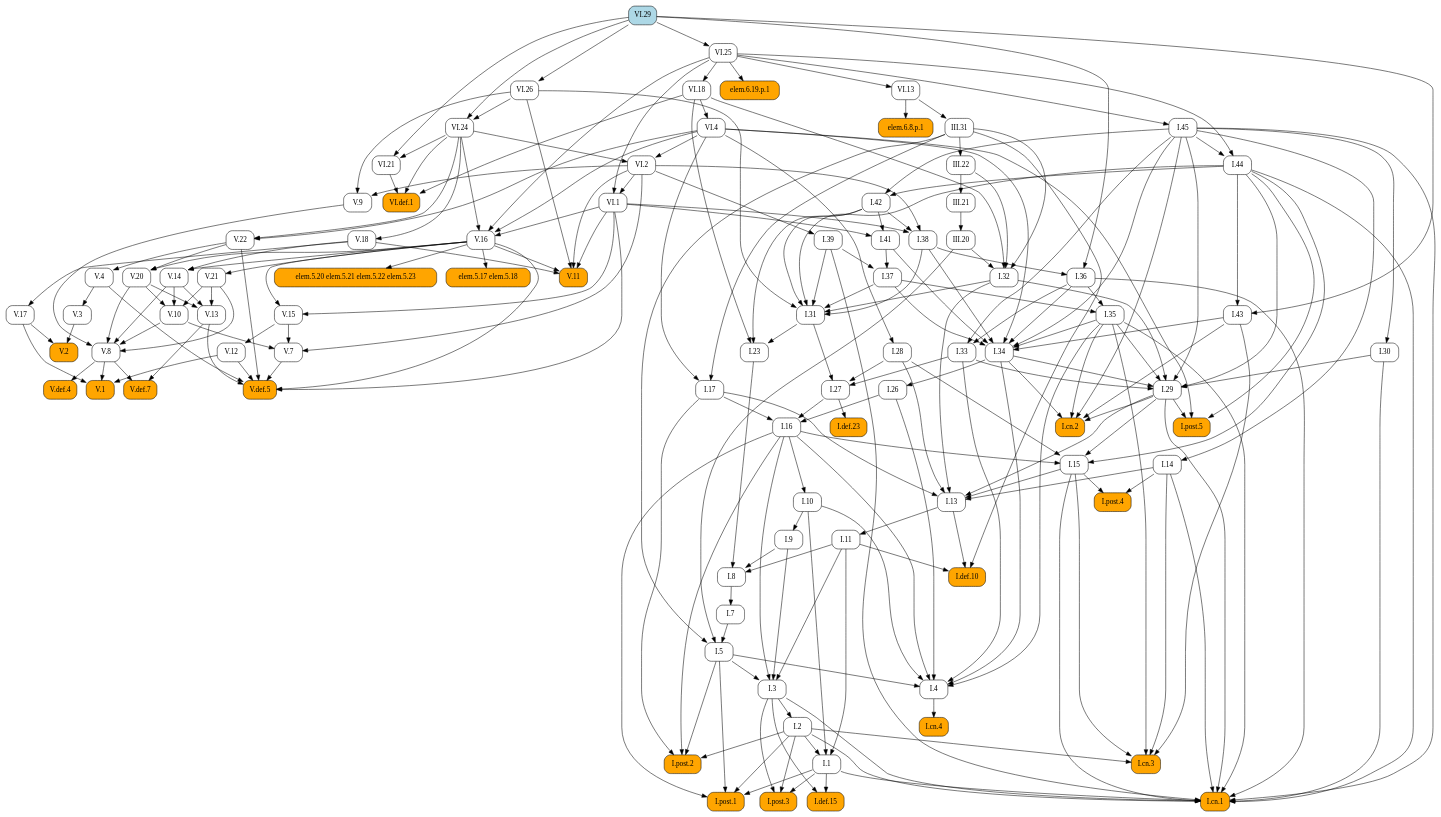
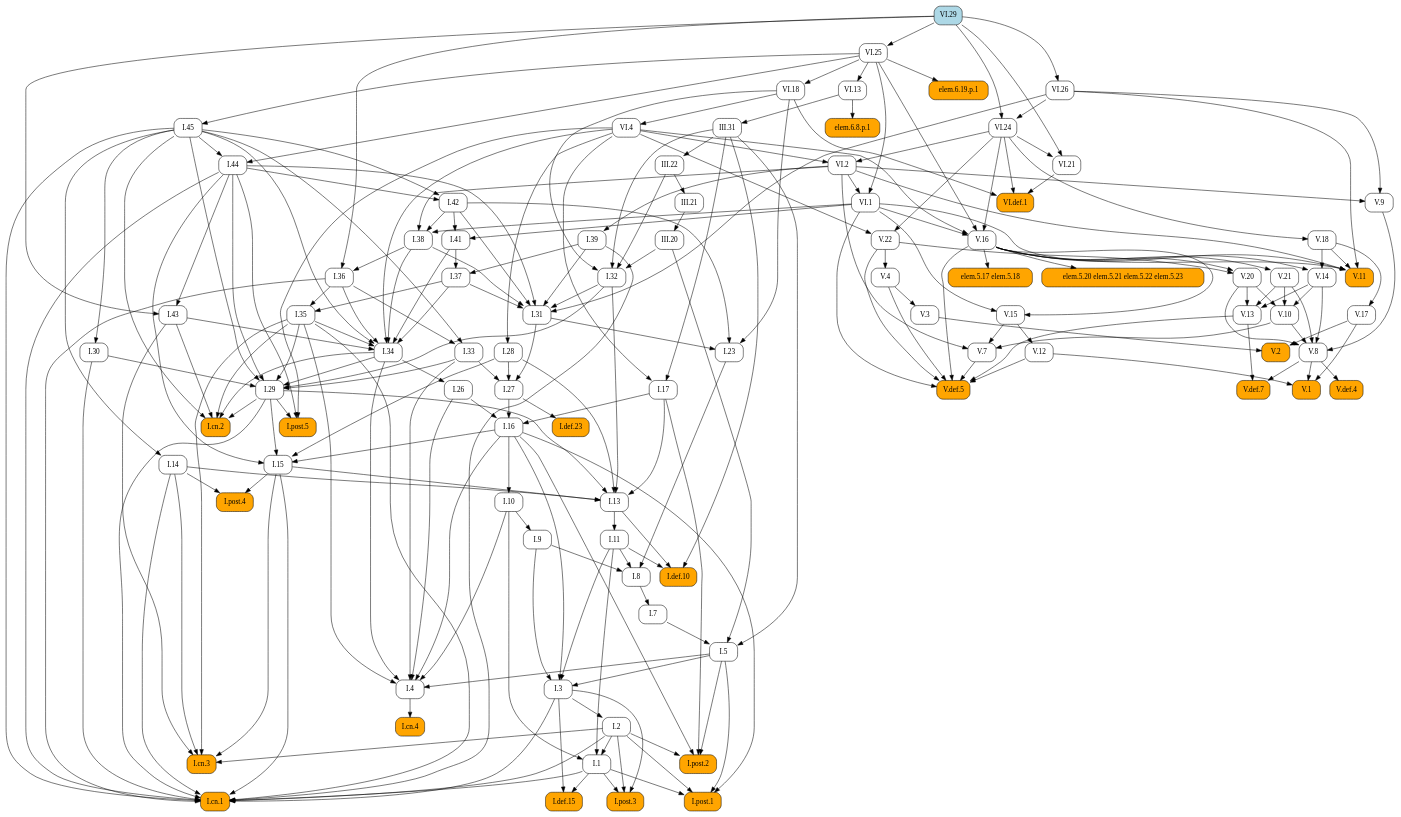
Before and after one commit to geometor/elements: the diagram in docsrc/heath/VI/29/index.rst, drawn with Graphviz. The commit also changed other lines of this file and 1029 other files, not shown here.

```diff
--- a/docsrc/heath/VI/29/index.rst
+++ b/docsrc/heath/VI/29/index.rst
@@ -89,112 +89,155 @@
    digraph {
      rankdir="TB";
      node [shape=box, style=rounded];
-     "V.1" [style="rounded,filled", fillcolor=orange, URL="/heath/V/1/", target="_top"];
-     "III.22" [URL="/heath/III/22/", target="_top"];
-     "I.29" [URL="/heath/I/29/", target="_top"];
-     "I.7" [URL="/heath/I/7/", target="_top"];
-     "I.27" [URL="/heath/I/27/", target="_top"];
-     "I.def.23" [style="rounded,filled", fillcolor=orange, URL="/heath/I/def.23/", target="_top"];
-     "V.20" [URL="/heath/V/20/", target="_top"];
-     "I.34" [URL="/heath/I/34/", target="_top"];
-     "I.8" [URL="/heath/I/8/", target="_top"];
-     "V.2" [style="rounded,filled", fillcolor=orange, URL="/heath/V/2/", target="_top"];
-     "I.9" [URL="/heath/I/9/", target="_top"];
-     "V.22" [URL="/heath/V/22/", target="_top"];
+     "I.def.10" [style="rounded,filled", fillcolor=orange, URL="/heath/I/def.10/", target="_top"];
+     "I.11" [URL="/heath/I/11/", target="_top"];
+     "I.post.4" [style="rounded,filled", fillcolor=orange, URL="/heath/I/post.4/", target="_top"];
+     "I.28" [URL="/heath/I/28/", target="_top"];
+     "I.1" [URL="/heath/I/1/", target="_top"];
+     "VI.18" [URL="/heath/VI/18/", target="_top"];
+     "VI.21" [URL="/heath/VI/21/", target="_top"];
+     "V.def.5" [style="rounded,filled", fillcolor=orange, URL="/heath/V/def.5/", target="_top"];
      "III.20" [URL="/heath/III/20/", target="_top"];
-     "I.post.4" [style="rounded,filled", fillcolor=orange, URL="/heath/I/post.4/", target="_top"];
-     "I.2" [URL="/heath/I/2/", target="_top"];
-     "VI.21" [URL="/heath/VI/21/", target="_top"];
-     "I.28" [URL="/heath/I/28/", target="_top"];
-     "V.4" [URL="/heath/V/4/", target="_top"];
      "VI.29" [style="rounded,filled", fillcolor=lightblue, URL="/heath/VI/29/", target="_top"];
+     "III.31" [URL="/heath/III/31/", target="_top"];
+     "V.13" [URL="/heath/V/13/", target="_top"];
+     "V.11" [style="rounded,filled", fillcolor=orange, URL="/heath/V/11/", target="_top"];
+     "I.post.3" [style="rounded,filled", fillcolor=orange, URL="/heath/I/post.3/", target="_top"];
+     "VI.1" [URL="/heath/VI/1/", target="_top"];
+     "I.cn.3" [style="rounded,filled", fillcolor=orange, URL="/heath/I/cn.3/", target="_top"];
+     "I.14" [URL="/heath/I/14/", target="_top"];
+     "V.16" [URL="/heath/V/16/", target="_top"];
      "VI.4" [URL="/heath/VI/4/", target="_top"];
-     "I.cn.4" [style="rounded,filled", fillcolor=orange, URL="/heath/I/cn.4/", target="_top"];
-     "VI.24" [URL="/heath/VI/24/", target="_top"];
-     "VI.2" [URL="/heath/VI/2/", target="_top"];
-     "elem.5.20 elem.5.21 elem.5.22 elem.5.23" [style="rounded,filled", fillcolor=orange];
-     "III.31" [URL="/heath/III/31/", target="_top"];
-     "I.23" [URL="/heath/I/23/", target="_top"];
-     "I.13" [URL="/heath/I/13/", target="_top"];
-     "I.5" [URL="/heath/I/5/", target="_top"];
-     "VI.26" [URL="/heath/VI/26/", target="_top"];
-     "III.21" [URL="/heath/III/21/", target="_top"];
-     "I.11" [URL="/heath/I/11/", target="_top"];
-     "I.4" [URL="/heath/I/4/", target="_top"];
-     "I.43" [URL="/heath/I/43/", target="_top"];
-     "I.def.10" [style="rounded,filled", fillcolor=orange, URL="/heath/I/def.10/", target="_top"];
-     "I.post.3" [style="rounded,filled", fillcolor=orange, URL="/heath/I/post.3/", target="_top"];
-     "V.9" [URL="/heath/V/9/", target="_top"];
-     "VI.def.1" [style="rounded,filled", fillcolor=orange, URL="/heath/VI/def.1/", target="_top"];
-     "elem.5.17 elem.5.18" [style="rounded,filled", fillcolor=orange];
-     "V.17" [URL="/heath/V/17/", target="_top"];
      "V.3" [URL="/heath/V/3/", target="_top"];
      "I.36" [URL="/heath/I/36/", target="_top"];
+     "I.41" [URL="/heath/I/41/", target="_top"];
+     "I.27" [URL="/heath/I/27/", target="_top"];
+     "V.8" [URL="/heath/V/8/", target="_top"];
+     "I.37" [URL="/heath/I/37/", target="_top"];
+     "I.34" [URL="/heath/I/34/", target="_top"];
+     "I.2" [URL="/heath/I/2/", target="_top"];
+     "I.def.23" [style="rounded,filled", fillcolor=orange, URL="/heath/I/def.23/", target="_top"];
+     "I.33" [URL="/heath/I/33/", target="_top"];
+     "I.17" [URL="/heath/I/17/", target="_top"];
+     "I.post.2" [style="rounded,filled", fillcolor=orange, URL="/heath/I/post.2/", target="_top"];
+     "I.45" [URL="/heath/I/45/", target="_top"];
+     "VI.def.1" [style="rounded,filled", fillcolor=orange, URL="/heath/VI/def.1/", target="_top"];
+     "I.42" [URL="/heath/I/42/", target="_top"];
+     "elem.5.20 elem.5.21 elem.5.22 elem.5.23" [style="rounded,filled", fillcolor=orange];
+     "I.9" [URL="/heath/I/9/", target="_top"];
+     "VI.26" [URL="/heath/VI/26/", target="_top"];
+     "I.32" [URL="/heath/I/32/", target="_top"];
+     "V.def.4" [style="rounded,filled", fillcolor=orange, URL="/heath/V/def.4/", target="_top"];
+     "I.cn.4" [style="rounded,filled", fillcolor=orange, URL="/heath/I/cn.4/", target="_top"];
+     "I.15" [URL="/heath/I/15/", target="_top"];
+     "III.22" [URL="/heath/III/22/", target="_top"];
+     "I.38" [URL="/heath/I/38/", target="_top"];
+     "V.def.7" [style="rounded,filled", fillcolor=orange, URL="/heath/V/def.7/", target="_top"];
+     "I.5" [URL="/heath/I/5/", target="_top"];
+     "V.21" [URL="/heath/V/21/", target="_top"];
+     "I.39" [URL="/heath/I/39/", target="_top"];
+     "I.26" [URL="/heath/I/26/", target="_top"];
+     "V.14" [URL="/heath/V/14/", target="_top"];
+     "I.29" [URL="/heath/I/29/", target="_top"];
      "V.12" [URL="/heath/V/12/", target="_top"];
-     "I.15" [URL="/heath/I/15/", target="_top"];
-     "I.17" [URL="/heath/I/17/", target="_top"];
-     "I.32" [URL="/heath/I/32/", target="_top"];
-     "I.41" [URL="/heath/I/41/", target="_top"];
-     "V.def.5" [style="rounded,filled", fillcolor=orange, URL="/heath/V/def.5/", target="_top"];
-     "I.cn.3" [style="rounded,filled", fillcolor=orange, URL="/heath/I/cn.3/", target="_top"];
+     "V.22" [URL="/heath/V/22/", target="_top"];
+     "I.cn.2" [style="rounded,filled", fillcolor=orange, URL="/heath/I/cn.2/", target="_top"];
+     "V.20" [URL="/heath/V/20/", target="_top"];
+     "V.10" [URL="/heath/V/10/", target="_top"];
+     "VI.2" [URL="/heath/VI/2/", target="_top"];
+     "I.def.15" [style="rounded,filled", fillcolor=orange, URL="/heath/I/def.15/", target="_top"];
+     "V.15" [URL="/heath/V/15/", target="_top"];
+     "I.cn.1" [style="rounded,filled", fillcolor=orange, URL="/heath/I/cn.1/", target="_top"];
      "I.30" [URL="/heath/I/30/", target="_top"];
-     "I.45" [URL="/heath/I/45/", target="_top"];
-     "I.38" [URL="/heath/I/38/", target="_top"];
-     "V.16" [URL="/heath/V/16/", target="_top"];
-     "V.15" [URL="/heath/V/15/", target="_top"];
-     "V.def.4" [style="rounded,filled", fillcolor=orange, URL="/heath/V/def.4/", target="_top"];
-     "V.21" [URL="/heath/V/21/", target="_top"];
-     "V.8" [URL="/heath/V/8/", target="_top"];
-     "I.42" [URL="/heath/I/42/", target="_top"];
      "V.7" [URL="/heath/V/7/", target="_top"];
-     "VI.18" [URL="/heath/VI/18/", target="_top"];
-     "I.def.15" [style="rounded,filled", fillcolor=orange, URL="/heath/I/def.15/", target="_top"];
-     "I.1" [URL="/heath/I/1/", target="_top"];
-     "I.44" [URL="/heath/I/44/", target="_top"];
-     "V.13" [URL="/heath/V/13/", target="_top"];
+     "V.18" [URL="/heath/V/18/", target="_top"];
+     "V.9" [URL="/heath/V/9/", target="_top"];
+     "I.23" [URL="/heath/I/23/", target="_top"];
+     "VI.25" [URL="/heath/VI/25/", target="_top"];
+     "I.43" [URL="/heath/I/43/", target="_top"];
      "I.post.1" [style="rounded,filled", fillcolor=orange, URL="/heath/I/post.1/", target="_top"];
      "elem.6.19.p.1" [style="rounded,filled", fillcolor=orange];
-     "I.26" [URL="/heath/I/26/", target="_top"];
-     "I.33" [URL="/heath/I/33/", target="_top"];
-     "V.def.7" [style="rounded,filled", fillcolor=orange, URL="/heath/V/def.7/", target="_top"];
-     "I.39" [URL="/heath/I/39/", target="_top"];
-     "I.cn.2" [style="rounded,filled", fillcolor=orange, URL="/heath/I/cn.2/", target="_top"];
-     "VI.25" [URL="/heath/VI/25/", target="_top"];
+     "I.35" [URL="/heath/I/35/", target="_top"];
+     "I.7" [URL="/heath/I/7/", target="_top"];
+     "I.3" [URL="/heath/I/3/", target="_top"];
+     "I.4" [URL="/heath/I/4/", target="_top"];
+     "V.17" [URL="/heath/V/17/", target="_top"];
+     "I.13" [URL="/heath/I/13/", target="_top"];
+     "V.4" [URL="/heath/V/4/", target="_top"];
+     "I.31" [URL="/heath/I/31/", target="_top"];
+     "V.1" [style="rounded,filled", fillcolor=orange, URL="/heath/V/1/", target="_top"];
+     "VI.24" [URL="/heath/VI/24/", target="_top"];
+     "I.16" [URL="/heath/I/16/", target="_top"];
+     "elem.5.17 elem.5.18" [style="rounded,filled", fillcolor=orange];
+     "I.8" [URL="/heath/I/8/", target="_top"];
+     "VI.13" [URL="/heath/VI/13/", target="_top"];
+     "V.2" [style="rounded,filled", fillcolor=orange, URL="/heath/V/2/", target="_top"];
+     "III.21" [URL="/heath/III/21/", target="_top"];
+     "I.post.5" [style="rounded,filled", fillcolor=orange, URL="/heath/I/post.5/", target="_top"];
+     "I.44" [URL="/heath/I/44/", target="_top"];
+     "elem.6.8.p.1" [style="rounded,filled", fillcolor=orange];
      "I.10" [URL="/heath/I/10/", target="_top"];
-     "V.10" [URL="/heath/V/10/", target="_top"];
-     "I.3" [URL="/heath/I/3/", target="_top"];
-     "I.16" [URL="/heath/I/16/", target="_top"];
-     "I.31" [URL="/heath/I/31/", target="_top"];
-     "V.11" [style="rounded,filled", fillcolor=orange, URL="/heath/V/11/", target="_top"];
-     "I.post.2" [style="rounded,filled", fillcolor=orange, URL="/heath/I/post.2/", target="_top"];
-     "elem.6.8.p.1" [style="rounded,filled", fillcolor=orange];
-     "I.post.5" [style="rounded,filled", fillcolor=orange, URL="/heath/I/post.5/", target="_top"];
-     "VI.1" [URL="/heath/VI/1/", target="_top"];
-     "VI.13" [URL="/heath/VI/13/", target="_top"];
-     "I.14" [URL="/heath/I/14/", target="_top"];
-     "V.18" [URL="/heath/V/18/", target="_top"];
-     "I.35" [URL="/heath/I/35/", target="_top"];
-     "I.cn.1" [style="rounded,filled", fillcolor=orange, URL="/heath/I/cn.1/", target="_top"];
-     "I.37" [URL="/heath/I/37/", target="_top"];
-     "V.14" [URL="/heath/V/14/", target="_top"];
-     "V.8" -> "V.1";
-     "V.12" -> "V.1";
-     "V.17" -> "V.1";
-     "III.31" -> "III.22";
-     "I.30" -> "I.29";
-     "I.32" -> "I.29";
-     "I.33" -> "I.29";
-     "I.34" -> "I.29";
-     "I.35" -> "I.29";
-     "I.44" -> "I.29";
-     "I.45" -> "I.29";
-     "I.8" -> "I.7";
+     "I.11" -> "I.def.10";
+     "I.13" -> "I.def.10";
+     "III.31" -> "I.def.10";
+     "I.13" -> "I.11";
+     "I.14" -> "I.post.4";
+     "I.15" -> "I.post.4";
+     "VI.4" -> "I.28";
+     "I.2" -> "I.1";
+     "I.10" -> "I.1";
+     "I.11" -> "I.1";
+     "VI.25" -> "VI.18";
+     "VI.24" -> "VI.21";
+     "VI.29" -> "VI.21";
+     "V.4" -> "V.def.5";
+     "V.7" -> "V.def.5";
+     "V.12" -> "V.def.5";
+     "V.13" -> "V.def.5";
+     "V.16" -> "V.def.5";
+     "V.22" -> "V.def.5";
+     "VI.1" -> "V.def.5";
+     "III.21" -> "III.20";
+     "VI.13" -> "III.31";
+     "V.14" -> "V.13";
+     "V.20" -> "V.13";
+     "V.21" -> "V.13";
+     "V.16" -> "V.11";
+     "V.18" -> "V.11";
+     "VI.1" -> "V.11";
+     "VI.2" -> "V.11";
+     "VI.26" -> "V.11";
+     "I.1" -> "I.post.3";
+     "I.2" -> "I.post.3";
+     "I.3" -> "I.post.3";
+     "VI.2" -> "VI.1";
+     "VI.25" -> "VI.1";
+     "I.2" -> "I.cn.3";
+     "I.14" -> "I.cn.3";
+     "I.15" -> "I.cn.3";
+     "I.35" -> "I.cn.3";
+     "I.43" -> "I.cn.3";
+     "I.45" -> "I.14";
+     "VI.1" -> "V.16";
+     "VI.4" -> "V.16";
+     "VI.24" -> "V.16";
+     "VI.25" -> "V.16";
+     "VI.18" -> "VI.4";
+     "V.4" -> "V.3";
+     "I.38" -> "I.36";
+     "VI.29" -> "I.36";
+     "I.42" -> "I.41";
+     "VI.1" -> "I.41";
      "I.28" -> "I.27";
      "I.31" -> "I.27";
      "I.33" -> "I.27";
-     "I.27" -> "I.def.23";
-     "V.16" -> "V.20";
-     "V.22" -> "V.20";
+     "V.9" -> "V.8";
+     "V.10" -> "V.8";
+     "V.14" -> "V.8";
+     "V.20" -> "V.8";
+     "V.21" -> "V.8";
+     "I.39" -> "I.37";
+     "I.41" -> "I.37";
      "I.35" -> "I.34";
      "I.36" -> "I.34";
      "I.37" -> "I.34";
@@ -203,184 +246,75 @@
      "I.43" -> "I.34";
      "I.45" -> "I.34";
      "VI.4" -> "I.34";
-     "I.9" -> "I.8";
-     "I.11" -> "I.8";
-     "I.23" -> "I.8";
-     "V.3" -> "V.2";
-     "V.17" -> "V.2";
-     "I.10" -> "I.9";
-     "VI.4" -> "V.22";
-     "VI.24" -> "V.22";
-     "III.21" -> "III.20";
-     "I.14" -> "I.post.4";
-     "I.15" -> "I.post.4";
      "I.3" -> "I.2";
-     "VI.24" -> "VI.21";
-     "VI.29" -> "VI.21";
-     "VI.4" -> "I.28";
-     "V.22" -> "V.4";
-     "VI.18" -> "VI.4";
-     "I.4" -> "I.cn.4";
-     "VI.26" -> "VI.24";
-     "VI.29" -> "VI.24";
-     "VI.4" -> "VI.2";
-     "VI.24" -> "VI.2";
-     "V.16" -> "elem.5.20 elem.5.21 elem.5.22 elem.5.23";
-     "VI.13" -> "III.31";
-     "I.31" -> "I.23";
-     "I.42" -> "I.23";
-     "VI.18" -> "I.23";
-     "I.14" -> "I.13";
-     "I.15" -> "I.13";
-     "I.17" -> "I.13";
-     "I.28" -> "I.13";
-     "I.29" -> "I.13";
-     "I.32" -> "I.13";
-     "I.7" -> "I.5";
-     "III.20" -> "I.5";
-     "III.31" -> "I.5";
-     "VI.29" -> "VI.26";
-     "III.22" -> "III.21";
-     "I.13" -> "I.11";
-     "I.5" -> "I.4";
-     "I.10" -> "I.4";
-     "I.16" -> "I.4";
-     "I.26" -> "I.4";
-     "I.33" -> "I.4";
-     "I.34" -> "I.4";
-     "I.35" -> "I.4";
-     "I.44" -> "I.43";
-     "VI.29" -> "I.43";
-     "I.11" -> "I.def.10";
-     "I.13" -> "I.def.10";
-     "III.31" -> "I.def.10";
-     "I.1" -> "I.post.3";
-     "I.2" -> "I.post.3";
-     "I.3" -> "I.post.3";
-     "VI.2" -> "V.9";
-     "VI.26" -> "V.9";
+     "I.27" -> "I.def.23";
+     "I.36" -> "I.33";
+     "I.45" -> "I.33";
+     "III.31" -> "I.17";
+     "VI.4" -> "I.17";
+     "I.2" -> "I.post.2";
+     "I.5" -> "I.post.2";
+     "I.16" -> "I.post.2";
+     "I.17" -> "I.post.2";
+     "VI.25" -> "I.45";
      "VI.18" -> "VI.def.1";
      "VI.21" -> "VI.def.1";
      "VI.24" -> "VI.def.1";
-     "V.16" -> "elem.5.17 elem.5.18";
-     "V.18" -> "V.17";
-     "V.4" -> "V.3";
-     "I.38" -> "I.36";
-     "VI.29" -> "I.36";
-     "V.15" -> "V.12";
+     "I.44" -> "I.42";
+     "I.45" -> "I.42";
+     "V.16" -> "elem.5.20 elem.5.21 elem.5.22 elem.5.23";
+     "I.10" -> "I.9";
+     "VI.29" -> "VI.26";
+     "III.20" -> "I.32";
+     "III.22" -> "I.32";
+     "III.31" -> "I.32";
+     "VI.18" -> "I.32";
+     "V.8" -> "V.def.4";
+     "I.4" -> "I.cn.4";
      "I.16" -> "I.15";
      "I.28" -> "I.15";
      "I.29" -> "I.15";
      "I.44" -> "I.15";
-     "III.31" -> "I.17";
-     "VI.4" -> "I.17";
-     "III.20" -> "I.32";
-     "III.22" -> "I.32";
-     "III.31" -> "I.32";
-     "VI.18" -> "I.32";
-     "I.42" -> "I.41";
-     "VI.1" -> "I.41";
-     "V.4" -> "V.def.5";
-     "V.7" -> "V.def.5";
-     "V.12" -> "V.def.5";
-     "V.13" -> "V.def.5";
-     "V.16" -> "V.def.5";
-     "V.22" -> "V.def.5";
-     "VI.1" -> "V.def.5";
-     "I.2" -> "I.cn.3";
-     "I.14" -> "I.cn.3";
-     "I.15" -> "I.cn.3";
-     "I.35" -> "I.cn.3";
-     "I.43" -> "I.cn.3";
-     "I.45" -> "I.30";
-     "VI.25" -> "I.45";
+     "III.31" -> "III.22";
      "I.42" -> "I.38";
      "VI.1" -> "I.38";
      "VI.2" -> "I.38";
-     "VI.1" -> "V.16";
-     "VI.4" -> "V.16";
-     "VI.24" -> "V.16";
-     "VI.25" -> "V.16";
-     "V.16" -> "V.15";
-     "VI.1" -> "V.15";
-     "V.8" -> "V.def.4";
-     "V.16" -> "V.21";
-     "V.9" -> "V.8";
-     "V.10" -> "V.8";
-     "V.14" -> "V.8";
-     "V.20" -> "V.8";
-     "V.21" -> "V.8";
-     "I.44" -> "I.42";
-     "I.45" -> "I.42";
-     "V.10" -> "V.7";
-     "V.15" -> "V.7";
-     "VI.2" -> "V.7";
-     "VI.25" -> "VI.18";
-     "I.1" -> "I.def.15";
-     "I.3" -> "I.def.15";
-     "I.2" -> "I.1";
-     "I.10" -> "I.1";
-     "I.11" -> "I.1";
-     "I.45" -> "I.44";
-     "VI.25" -> "I.44";
-     "V.14" -> "V.13";
-     "V.20" -> "V.13";
-     "V.21" -> "V.13";
-     "I.1" -> "I.post.1";
-     "I.2" -> "I.post.1";
-     "I.5" -> "I.post.1";
-     "I.16" -> "I.post.1";
-     "VI.25" -> "elem.6.19.p.1";
-     "I.34" -> "I.26";
-     "I.36" -> "I.33";
-     "I.45" -> "I.33";
      "V.8" -> "V.def.7";
      "V.13" -> "V.def.7";
+     "I.7" -> "I.5";
+     "III.20" -> "I.5";
+     "III.31" -> "I.5";
+     "V.16" -> "V.21";
      "VI.2" -> "I.39";
+     "I.34" -> "I.26";
+     "V.16" -> "V.14";
+     "V.18" -> "V.14";
+     "I.30" -> "I.29";
+     "I.32" -> "I.29";
+     "I.33" -> "I.29";
+     "I.34" -> "I.29";
+     "I.35" -> "I.29";
+     "I.44" -> "I.29";
+     "I.45" -> "I.29";
+     "V.15" -> "V.12";
+     "VI.4" -> "V.22";
+     "VI.24" -> "V.22";
      "I.29" -> "I.cn.2";
      "I.34" -> "I.cn.2";
      "I.35" -> "I.cn.2";
      "I.43" -> "I.cn.2";
      "I.45" -> "I.cn.2";
-     "VI.29" -> "VI.25";
-     "I.16" -> "I.10";
+     "V.16" -> "V.20";
+     "V.22" -> "V.20";
      "V.14" -> "V.10";
      "V.20" -> "V.10";
      "V.21" -> "V.10";
-     "I.5" -> "I.3";
-     "I.9" -> "I.3";
-     "I.11" -> "I.3";
-     "I.16" -> "I.3";
-     "I.17" -> "I.16";
-     "I.26" -> "I.16";
-     "I.27" -> "I.16";
-     "I.32" -> "I.31";
-     "I.37" -> "I.31";
-     "I.38" -> "I.31";
-     "I.39" -> "I.31";
-     "I.42" -> "I.31";
-     "I.44" -> "I.31";
-     "VI.26" -> "I.31";
-     "V.16" -> "V.11";
-     "V.18" -> "V.11";
-     "VI.1" -> "V.11";
-     "VI.2" -> "V.11";
-     "VI.26" -> "V.11";
-     "I.2" -> "I.post.2";
-     "I.5" -> "I.post.2";
-     "I.16" -> "I.post.2";
-     "I.17" -> "I.post.2";
-     "VI.13" -> "elem.6.8.p.1";
-     "I.29" -> "I.post.5";
-     "I.44" -> "I.post.5";
-     "VI.4" -> "I.post.5";
-     "VI.2" -> "VI.1";
-     "VI.25" -> "VI.1";
-     "VI.25" -> "VI.13";
-     "I.45" -> "I.14";
-     "VI.24" -> "V.18";
-     "I.36" -> "I.35";
-     "I.37" -> "I.35";
+     "VI.4" -> "VI.2";
+     "VI.24" -> "VI.2";
+     "I.1" -> "I.def.15";
+     "I.3" -> "I.def.15";
+     "V.16" -> "V.15";
+     "VI.1" -> "V.15";
      "I.1" -> "I.cn.1";
      "I.2" -> "I.cn.1";
      "I.3" -> "I.cn.1";
@@ -393,8 +327,74 @@
      "I.39" -> "I.cn.1";
      "I.44" -> "I.cn.1";
      "I.45" -> "I.cn.1";
-     "I.39" -> "I.37";
-     "I.41" -> "I.37";
-     "V.16" -> "V.14";
-     "V.18" -> "V.14";
+     "I.45" -> "I.30";
+     "V.10" -> "V.7";
+     "V.15" -> "V.7";
+     "VI.2" -> "V.7";
+     "VI.24" -> "V.18";
+     "VI.2" -> "V.9";
+     "VI.26" -> "V.9";
+     "I.31" -> "I.23";
+     "I.42" -> "I.23";
+     "VI.18" -> "I.23";
+     "VI.29" -> "VI.25";
+     "I.44" -> "I.43";
+     "VI.29" -> "I.43";
+     "I.1" -> "I.post.1";
+     "I.2" -> "I.post.1";
+     "I.5" -> "I.post.1";
+     "I.16" -> "I.post.1";
+     "VI.25" -> "elem.6.19.p.1";
+     "I.36" -> "I.35";
+     "I.37" -> "I.35";
+     "I.8" -> "I.7";
+     "I.5" -> "I.3";
+     "I.9" -> "I.3";
+     "I.11" -> "I.3";
+     "I.16" -> "I.3";
+     "I.5" -> "I.4";
+     "I.10" -> "I.4";
+     "I.16" -> "I.4";
+     "I.26" -> "I.4";
+     "I.33" -> "I.4";
+     "I.34" -> "I.4";
+     "I.35" -> "I.4";
+     "V.18" -> "V.17";
+     "I.14" -> "I.13";
+     "I.15" -> "I.13";
+     "I.17" -> "I.13";
+     "I.28" -> "I.13";
+     "I.29" -> "I.13";
+     "I.32" -> "I.13";
+     "V.22" -> "V.4";
+     "I.32" -> "I.31";
+     "I.37" -> "I.31";
+     "I.38" -> "I.31";
+     "I.39" -> "I.31";
+     "I.42" -> "I.31";
+     "I.44" -> "I.31";
+     "VI.26" -> "I.31";
+     "V.8" -> "V.1";
+     "V.12" -> "V.1";
+     "V.17" -> "V.1";
+     "VI.26" -> "VI.24";
+     "VI.29" -> "VI.24";
+     "I.17" -> "I.16";
+     "I.26" -> "I.16";
+     "I.27" -> "I.16";
+     "V.16" -> "elem.5.17 elem.5.18";
+     "I.9" -> "I.8";
+     "I.11" -> "I.8";
+     "I.23" -> "I.8";
+     "VI.25" -> "VI.13";
+     "V.3" -> "V.2";
+     "V.17" -> "V.2";
+     "III.22" -> "III.21";
+     "I.29" -> "I.post.5";
+     "I.44" -> "I.post.5";
+     "VI.4" -> "I.post.5";
+     "I.45" -> "I.44";
+     "VI.25" -> "I.44";
+     "VI.13" -> "elem.6.8.p.1";
+     "I.16" -> "I.10";
    }
```
